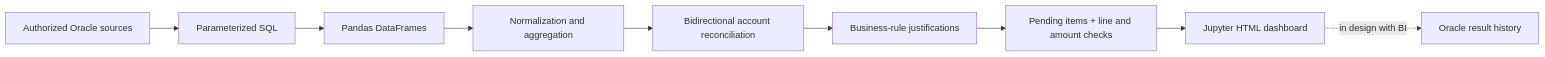
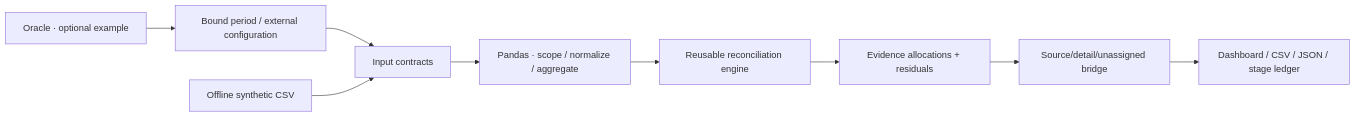
The diagram in README.md (hernano88/acl-sql-uade), drawn with Mermaid before and after one commit. The commit also changed other lines of this file and 102 other files, not shown here.

First line of the commit message:
Financial controls in Python: three executed case studies and a shared reconciliation engine (#3)

````diff
--- a/README.md
+++ b/README.md
@@ -41,11 +30,11 @@
 ```mermaid
 flowchart LR
-    A["Authorized Oracle sources"] --> B["Parameterized SQL"]
-    B --> C["Pandas DataFrames"]
-    C --> D["Normalization and aggregation"]
-    D --> E["Bidirectional account reconciliation"]
-    E --> F["Business-rule justifications"]
-    F --> G["Pending items + line and amount checks"]
-    G --> H["Jupyter HTML dashboard"]
-    H -. "in design with BI" .-> I["Oracle result history"]
+    O["Oracle · optional example"] --> X["Bound period / external configuration"]
+    X --> V["Input contracts"]
+    S["Offline synthetic CSV"] --> V
+    V --> P["Pandas · scope / normalize / aggregate"]
+    P --> R["Reusable reconciliation engine"]
+    R --> J["Evidence allocations + residuals"]
+    J --> T["Source/detail/unassigned bridge"]
+    T --> D["Dashboard / CSV / JSON / stage ledger"]
 ```
````
